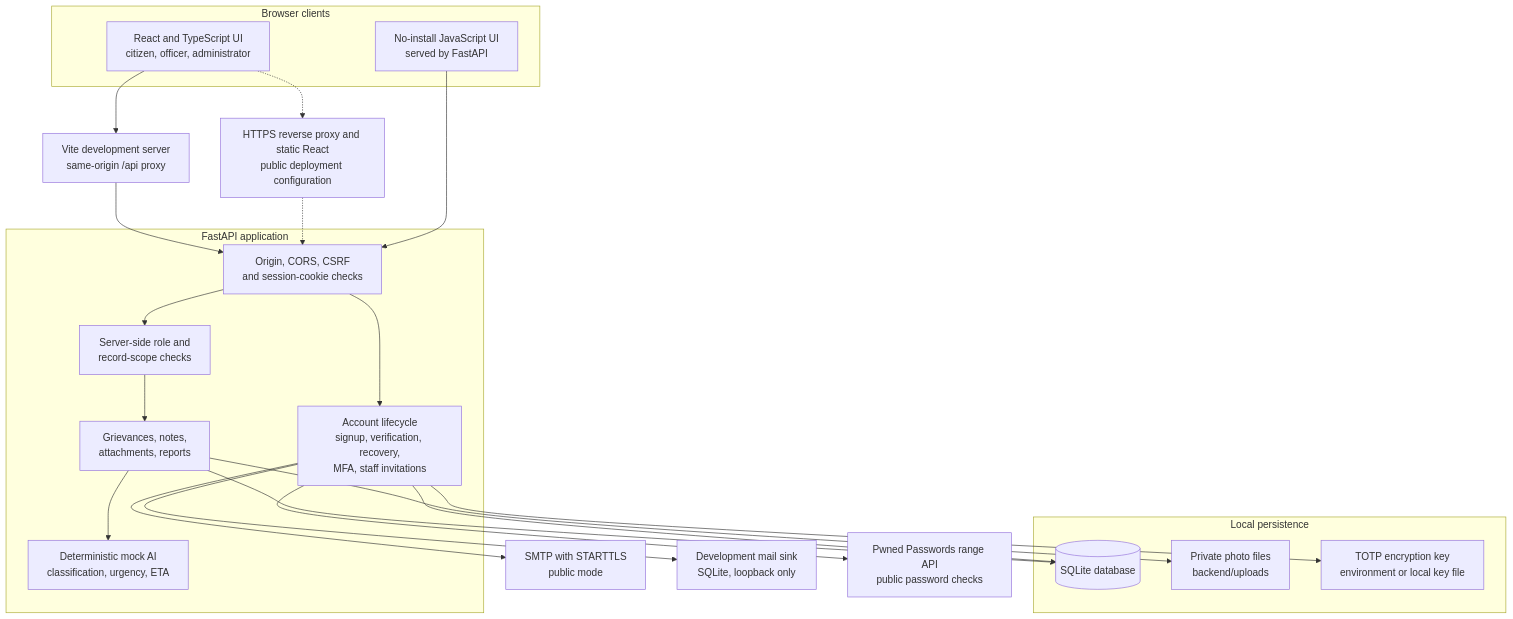
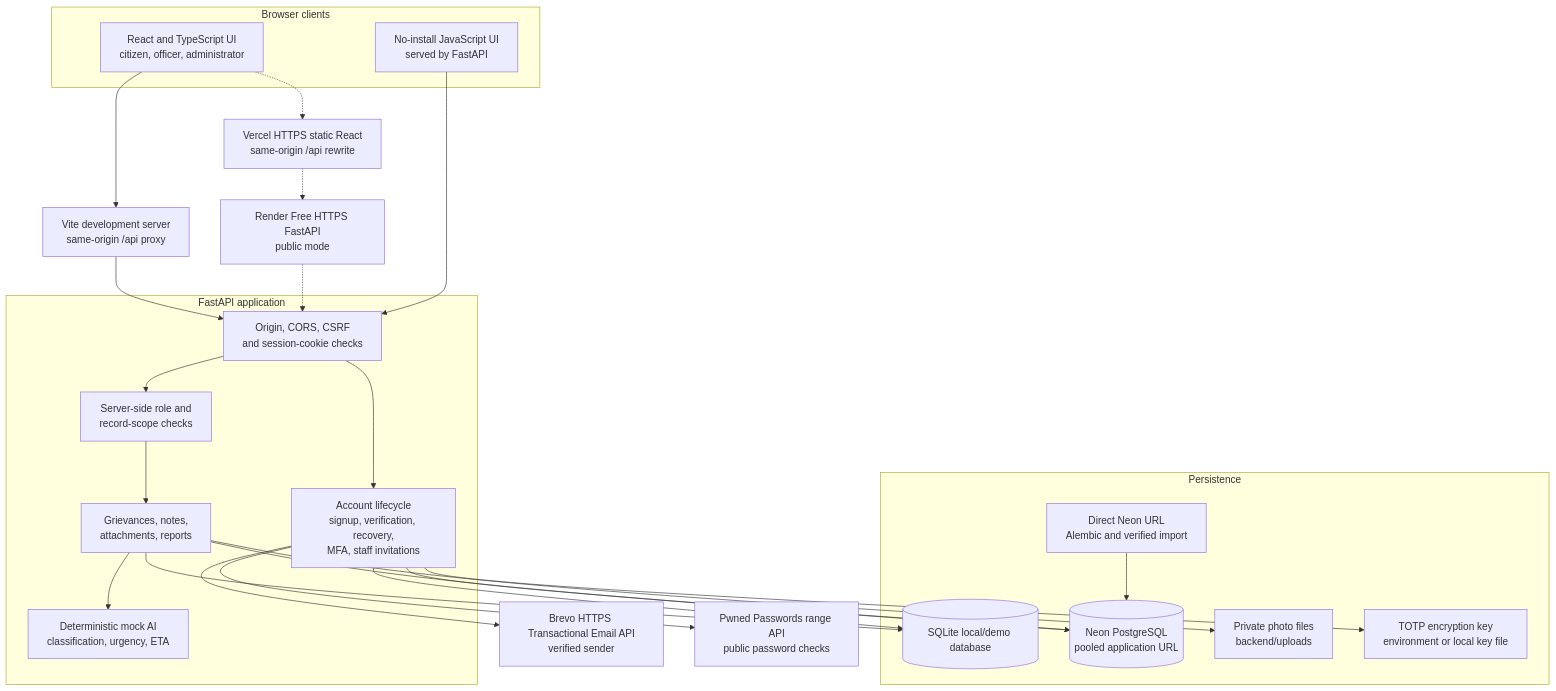
One commit to 9553943884pavan-alt/NagrkiOS changed the diagram in docs/ARCHITECTURE.md. Above: the diagram before and after it, drawn with Mermaid. The commit also changed other lines of this file and 27 other files, not shown here.

Commit message:
Prepare Neon and Brevo backend for Render and Vercel

````diff
--- a/docs/ARCHITECTURE.md
+++ b/docs/ARCHITECTURE.md
@@ -5,42 +5,46 @@
 ```mermaid
 flowchart TB
   subgraph Browser["Browser clients"]
     React["React and TypeScript UI<br/>citizen, officer, administrator"]
     Lite["No-install JavaScript UI<br/>served by FastAPI"]
   end
 
   Vite["Vite development server<br/>same-origin /api proxy"]
-  PublicHost["HTTPS reverse proxy and static React<br/>public deployment configuration"]
+  Vercel["Vercel HTTPS static React<br/>same-origin /api rewrite"]
+  Render["Render Free HTTPS FastAPI<br/>public mode"]
 
   subgraph Backend["FastAPI application"]
     Guard["Origin, CORS, CSRF<br/>and session-cookie checks"]
     Account["Account lifecycle<br/>signup, verification, recovery,<br/>MFA, staff invitations"]
     Scope["Server-side role and<br/>record-scope checks"]
     Cases["Grievances, notes,<br/>attachments, reports"]
     Heuristics["Deterministic mock AI<br/>classification, urgency, ETA"]
   end
 
-  subgraph Persistence["Local persistence"]
-    DB[(SQLite database)]
+  subgraph Persistence["Persistence"]
+    DB[(SQLite local/demo database)]
+    PG[(Neon PostgreSQL<br/>pooled application URL)]
+    Direct["Direct Neon URL<br/>Alembic and verified import"]
     Photos["Private photo files<br/>backend/uploads"]
     MFAKey["TOTP encryption key<br/>environment or local key file"]
   end
 
-  SMTP["SMTP with STARTTLS<br/>public mode"]
-  MailSink["Development mail sink<br/>SQLite, loopback only"]
+  Brevo["Brevo HTTPS Transactional Email API<br/>verified sender"]
   PasswordCheck["Pwned Passwords range API<br/>public password checks"]
 
   React --> Vite --> Guard
-  React -.-> PublicHost -.-> Guard
+  React -.-> Vercel -.-> Render -.-> Guard
   Lite --> Guard
   Guard --> Account
   Guard --> Scope --> Cases
   Cases --> Heuristics
   Cases --> DB
+  Cases --> PG
   Cases --> Photos
   Account --> DB
+  Account --> PG
+  Direct --> PG
   Account --> MFAKey
-  Account --> SMTP
-  Account --> MailSink
+  Account --> Brevo
   Account --> PasswordCheck
 ```
````
